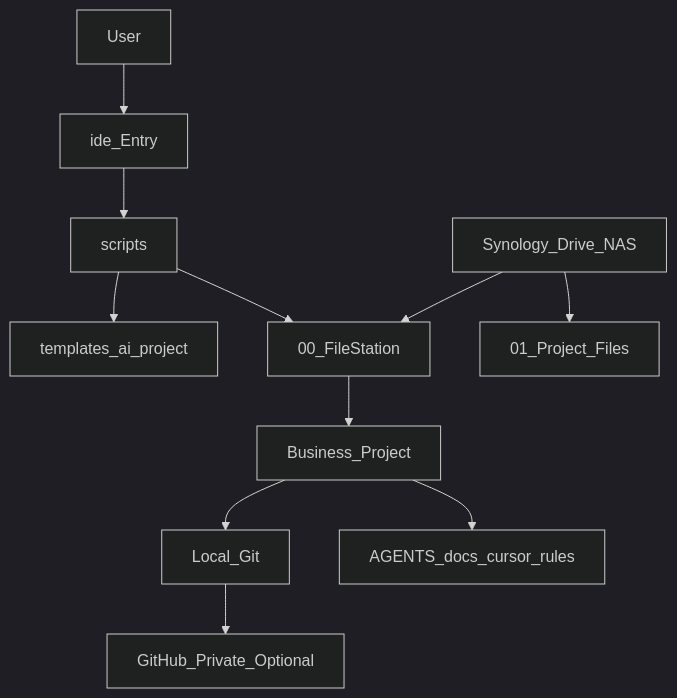
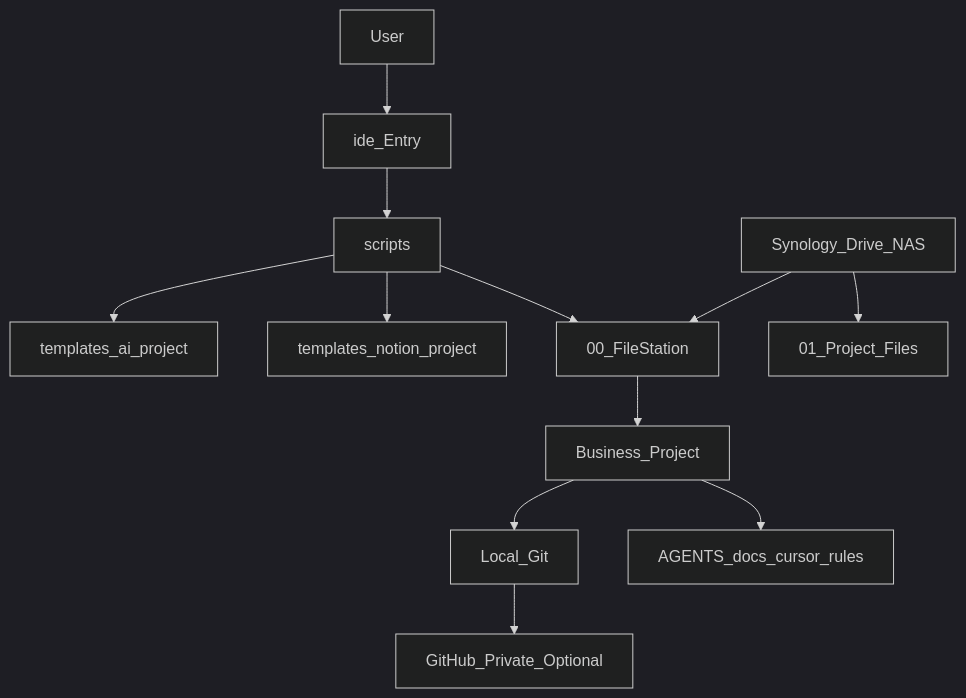
One commit to Gacenwinl/ide-toolbox changed the first of 5 diagrams in docs/architecture.md. Above: the diagram before and after it, drawn with Mermaid (dark theme). The commit also changed other lines of this file and 23 other files, not shown here.

````diff
--- a/docs/architecture.md
+++ b/docs/architecture.md
@@ -7,13 +7,14 @@
 ```mermaid
 flowchart TD
   user[User] --> ideEntry[ide_Entry]
   ideEntry --> scripts[scripts]
-  scripts --> templates[templates_ai_project]
+  scripts --> templatesAi[templates_ai_project]
+  scripts --> templatesNotion[templates_notion_project]
   scripts --> activeDir[00_FileStation]
   activeDir --> businessProject[Business_Project]
   businessProject --> gitLocal[Local_Git]
   gitLocal --> githubOptional[GitHub_Private_Optional]
   businessProject --> agentContext[AGENTS_docs_cursor_rules]
   nas[Synology_Drive_NAS] --> activeDir
   nas --> archiveDir[01_Project_Files]
 ```
````
